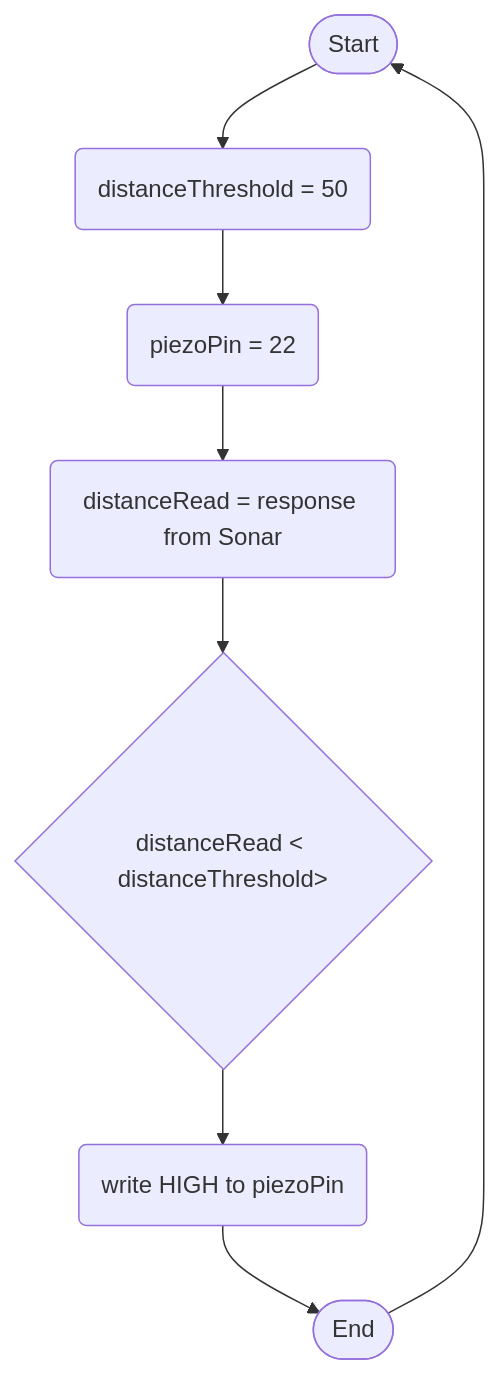
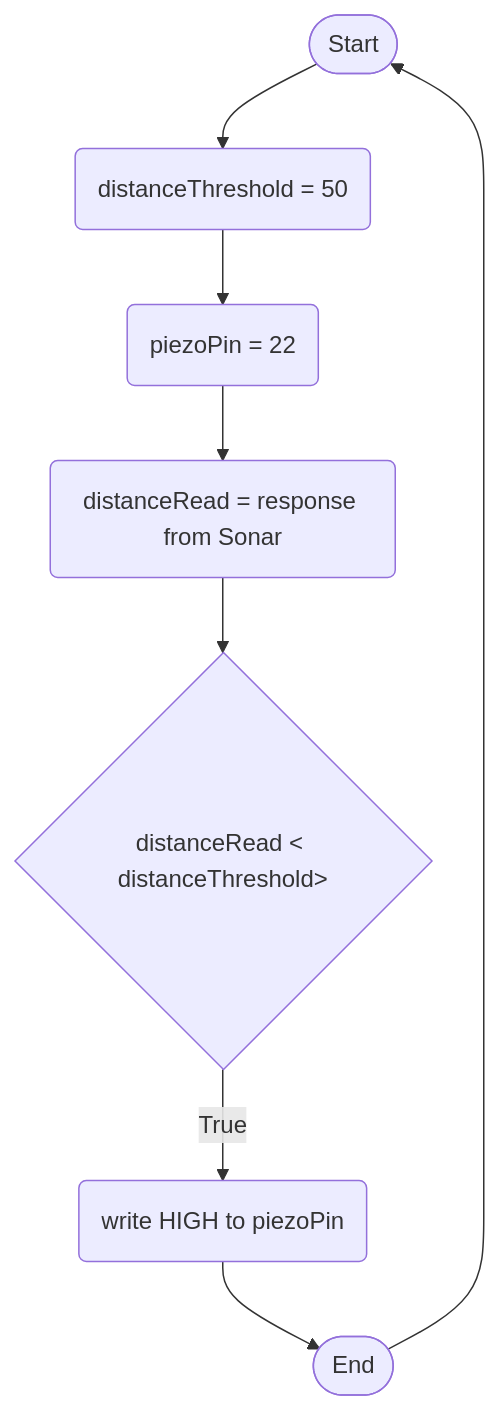
Before and after one commit to 0717330/arduino-board-project: the diagram in logic.md, drawn with Mermaid.

````diff
--- a/logic.md
+++ b/logic.md
@@ -1,20 +1,20 @@
 ```mermaid
 flowchart TD
 terminalStart([Start])
 terminalEnd([End])
 
 thresholdSet(distanceThreshold = 50)
 setPiezoPin(piezoPin = 22)
 currentDistanceReading(distanceRead = response from Sonar)
 activatePiezo(write HIGH to piezoPin)
 ifDistanceLessThanThreshold{distanceRead < distanceThreshold>}
 
 terminalStart --> thresholdSet
 thresholdSet --> setPiezoPin
 setPiezoPin --> currentDistanceReading
 currentDistanceReading --> ifDistanceLessThanThreshold
-ifDistanceLessThanThreshold --> activatePiezo
+ifDistanceLessThanThreshold --> |True| activatePiezo
 activatePiezo --> terminalEnd
 
 terminalEnd --> terminalStart
 ```
````
